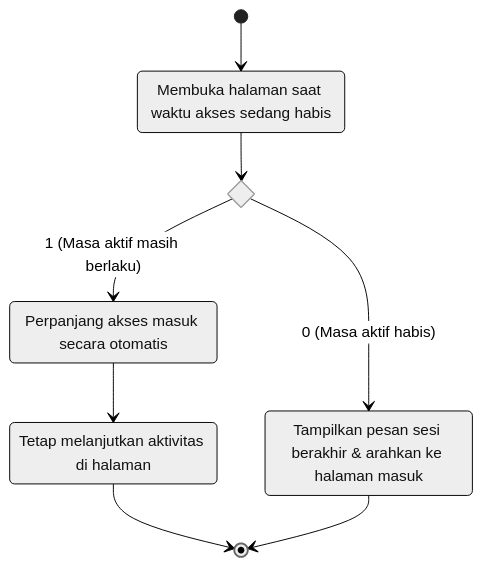
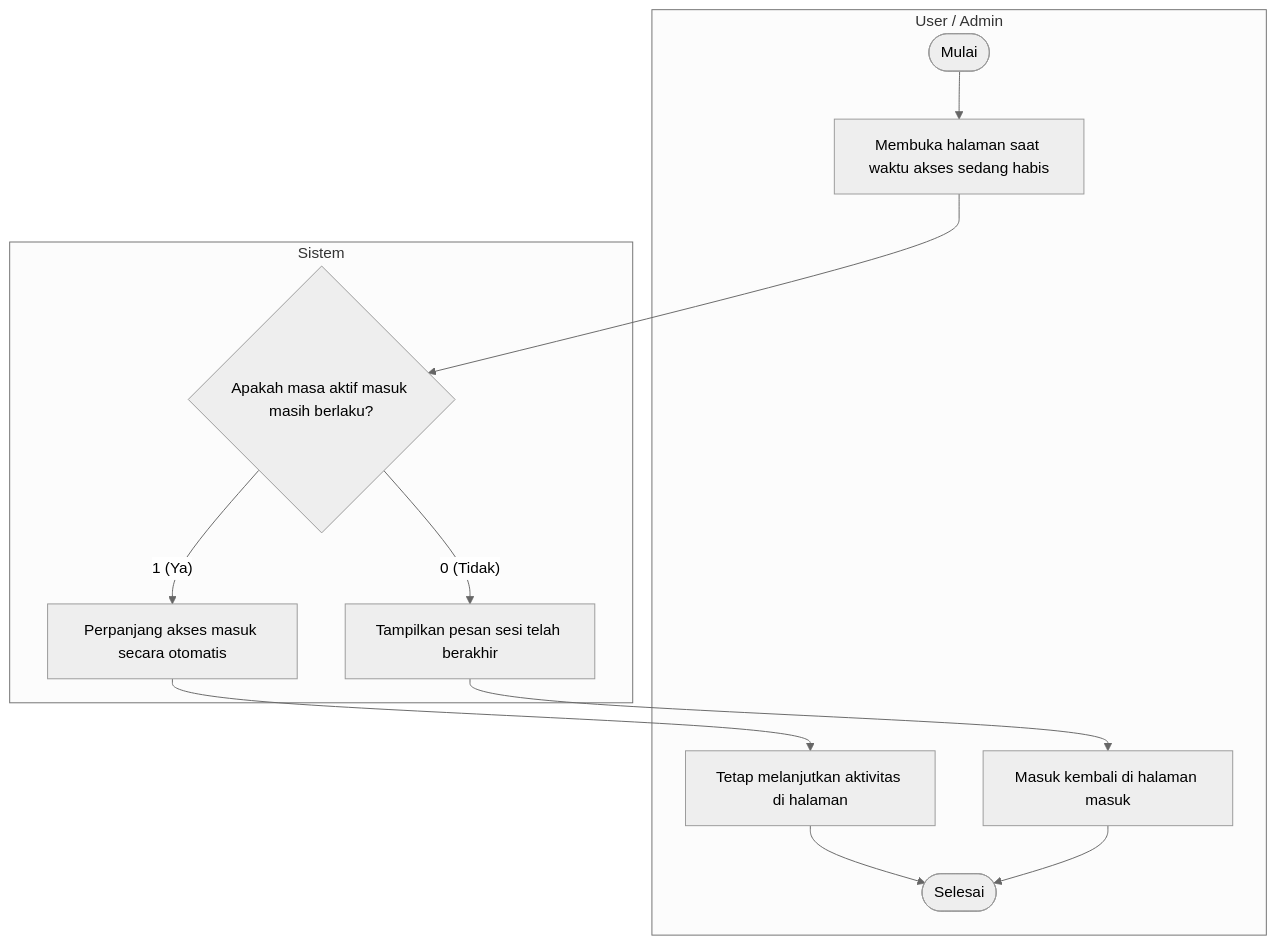
One commit to dimstyle/ruang-baca changed the diagram in docs/uml/src/diagrams/list-diagrams/activity-refresh-token.mmd. Above: the diagram before and after it, drawn with Mermaid (neutral theme). The commit also changed 24 other files, not shown here.

Commit message:
docs(uml): add User, Admin, and Sistem swimlanes to activity diagrams

```diff
--- a/docs/uml/src/diagrams/list-diagrams/activity-refresh-token.mmd
+++ b/docs/uml/src/diagrams/list-diagrams/activity-refresh-token.mmd
@@ -1,14 +1,14 @@
-stateDiagram-v2
-    state "Membuka halaman saat waktu akses sedang habis" as s1
-    state checkActive <<choice>>
-    state "Perpanjang akses masuk secara otomatis" as s2
-    state "Tetap melanjutkan aktivitas di halaman" as s3
-    state "Tampilkan pesan sesi berakhir & arahkan ke halaman masuk" as s4
+flowchart TD
+    subgraph User["User / Admin"]
+        start(["Mulai"]) --> openPage["Membuka halaman saat waktu akses sedang habis"]
+        continueWork["Tetap melanjutkan aktivitas di halaman"] --> finish(["Selesai"])
+        reLogin["Masuk kembali di halaman masuk"] --> finish
+    end
 
-    [*] --> s1
-    s1 --> checkActive
-    checkActive --> s2 : 1 (Masa aktif masih berlaku)
-    s2 --> s3
-    s3 --> [*]
-    checkActive --> s4 : 0 (Masa aktif habis)
-    s4 --> [*]
+    subgraph Sistem["Sistem"]
+        openPage --> checkActive{"Apakah masa aktif masuk masih berlaku?"}
+        checkActive -->|"1 (Ya)"| renewSession["Perpanjang akses masuk secara otomatis"]
+        renewSession --> continueWork
+        checkActive -->|"0 (Tidak)"| warnExpired["Tampilkan pesan sesi telah berakhir"]
+        warnExpired --> reLogin
+    end
```
